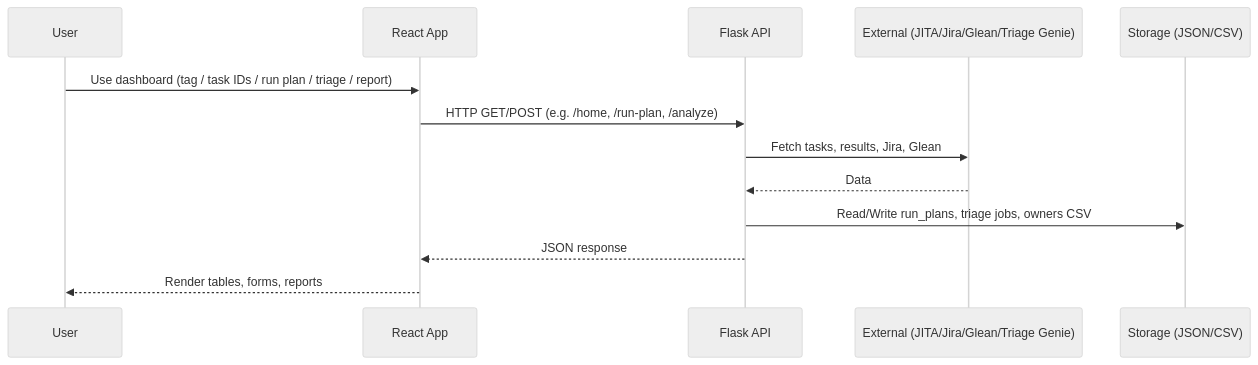
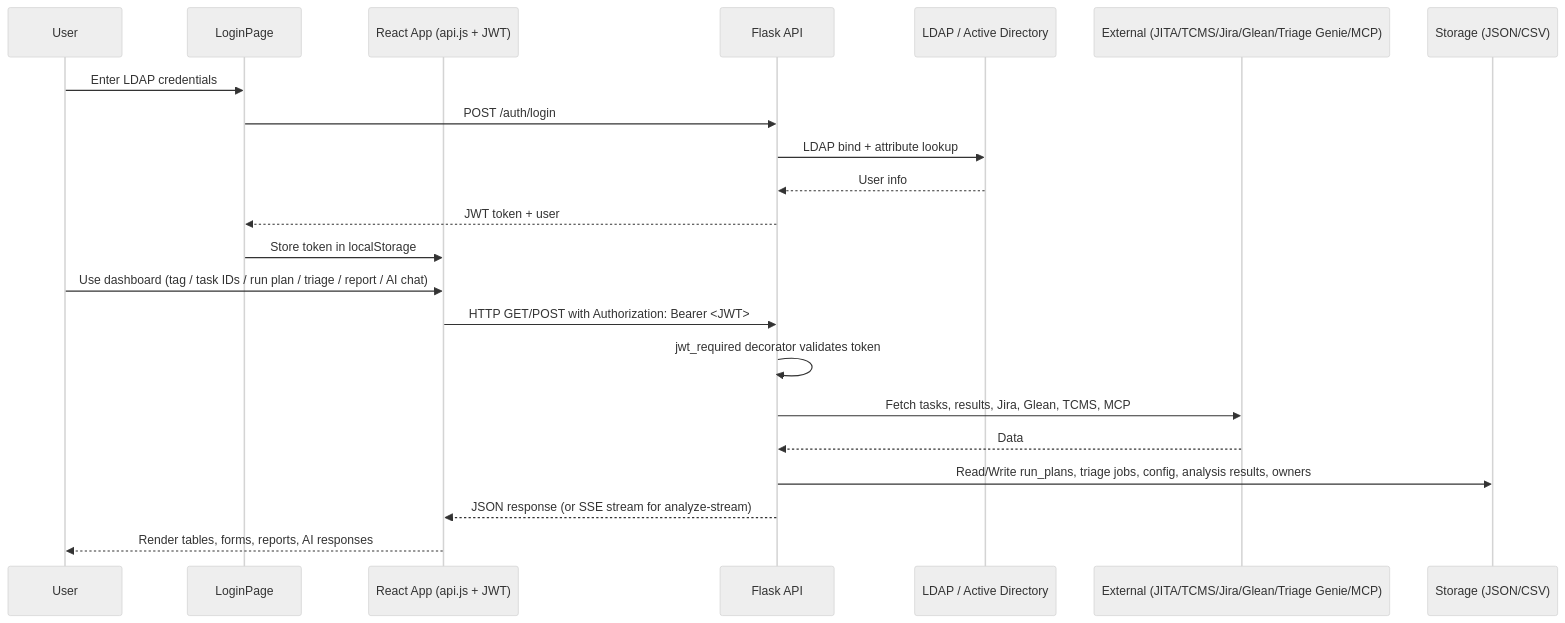
One commit to sudharshan332/RegX-AI changed the fourth of 7 diagrams in PROJECT_DOCUMENTATION_AND_ARCHITECTURE.md. Above: the diagram before and after it, drawn with Mermaid (neutral theme). The commit also changed other lines of this file and 34 other files, not shown here.

````diff
--- a/PROJECT_DOCUMENTATION_AND_ARCHITECTURE.md
+++ b/PROJECT_DOCUMENTATION_AND_ARCHITECTURE.md
@@ -212,16 +362,26 @@
 ```mermaid
 sequenceDiagram
     participant U as User
-    participant R as React App
+    participant L as LoginPage
+    participant R as React App (api.js + JWT)
     participant F as Flask API
-    participant E as External (JITA/Jira/Glean/Triage Genie)
+    participant AD as LDAP / Active Directory
+    participant E as External (JITA/TCMS/Jira/Glean/Triage Genie/MCP)
     participant S as Storage (JSON/CSV)
 
-    U->>R: Use dashboard (tag / task IDs / run plan / triage / report)
-    R->>F: HTTP GET/POST (e.g. /home, /run-plan, /analyze)
-    F->>E: Fetch tasks, results, Jira, Glean
+    U->>L: Enter LDAP credentials
+    L->>F: POST /auth/login
+    F->>AD: LDAP bind + attribute lookup
+    AD-->>F: User info
+    F-->>L: JWT token + user
+    L->>R: Store token in localStorage
+
+    U->>R: Use dashboard (tag / task IDs / run plan / triage / report / AI chat)
+    R->>F: HTTP GET/POST with Authorization: Bearer <JWT>
+    F->>F: jwt_required decorator validates token
+    F->>E: Fetch tasks, results, Jira, Glean, TCMS, MCP
     E-->>F: Data
-    F->>S: Read/Write run_plans, triage jobs, owners CSV
-    F-->>R: JSON response
-    R-->>U: Render tables, forms, reports
+    F->>S: Read/Write run_plans, triage jobs, config, analysis results, owners
+    F-->>R: JSON response (or SSE stream for analyze-stream)
+    R-->>U: Render tables, forms, reports, AI responses
 ```
````
